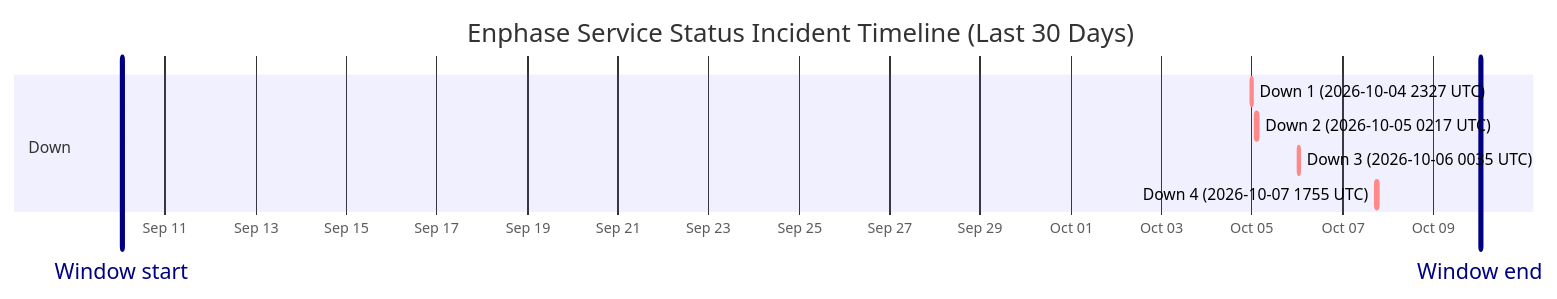
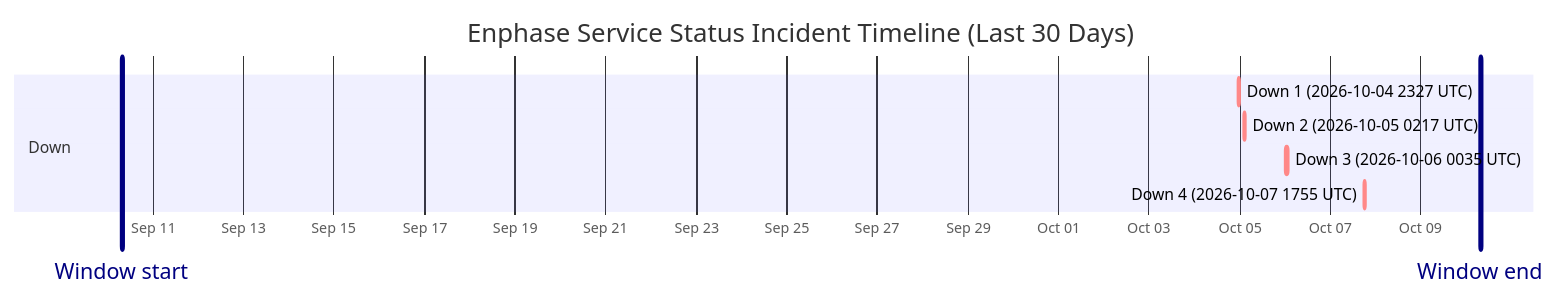
Before and after one commit to barneyonline/ha-enphase-energy: the diagram in wiki/Service-Status-History.md, drawn with Mermaid. The commit also changed other lines of this file and 3 other files, not shown here.

````diff
--- a/wiki/Service-Status-History.md
+++ b/wiki/Service-Status-History.md
@@ -14,13 +14,13 @@
 ```mermaid
 gantt
     title Enphase Service Status Incident Timeline (Last 30 Days)
     dateFormat  YYYY-MM-DDTHH:mm:ss
     axisFormat  %b %d
-    Window start :vert, window-start, 2026-09-10T01:05:25, 0ms
-    Window end :vert, window-end, 2026-10-10T01:05:25, 0ms
+    Window start :vert, window-start, 2026-09-10T07:31:00, 0ms
+    Window end :vert, window-end, 2026-10-10T07:31:00, 0ms
     section Down
     Down 1 (2026-10-04 2327 UTC) :crit, down-1, 2026-10-04T23:27:34, 60m
     Down 2 (2026-10-05 0217 UTC) :crit, down-2, 2026-10-05T02:17:30, 60m
     Down 3 (2026-10-06 0035 UTC) :crit, down-3, 2026-10-06T00:35:21, 60m
     Down 4 (2026-10-07 1755 UTC) :crit, down-4, 2026-10-07T17:55:16, 60m
 ```
````
